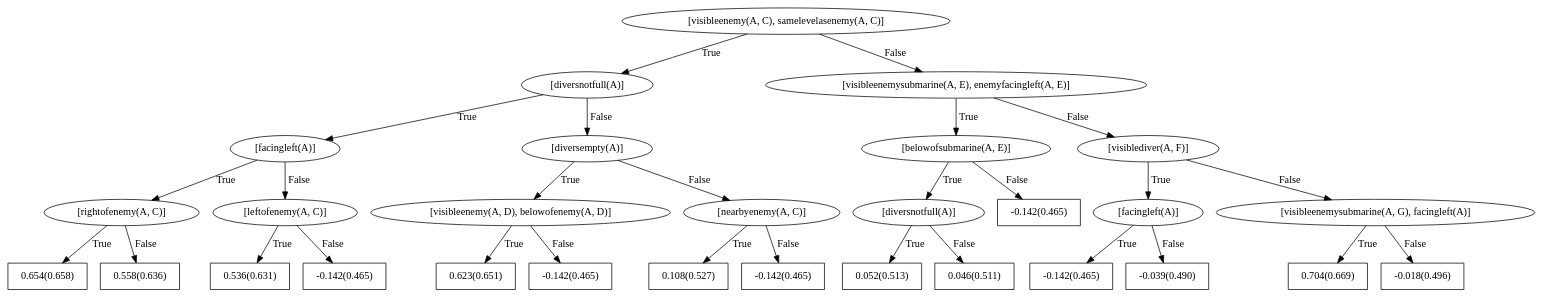
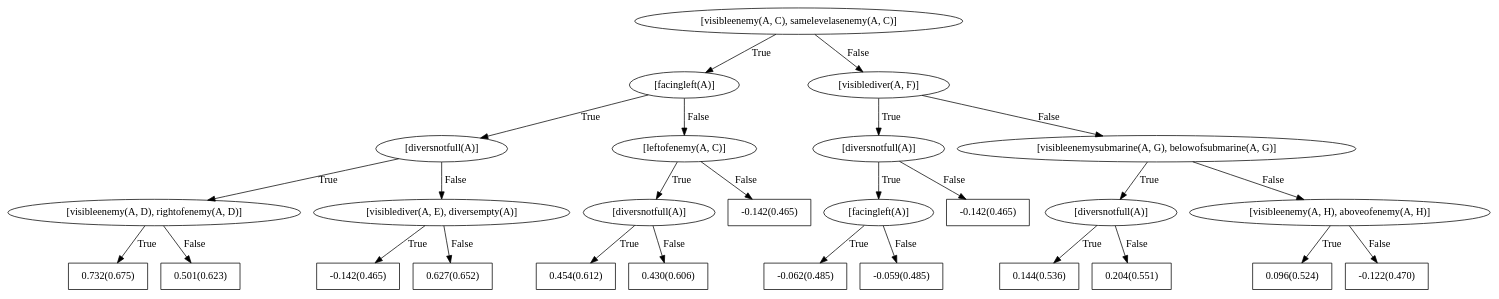
One commit to nikhileshp/NeSY-Imitation-Learning changed the diagram in data/seaquest/single_t/54_RZ_2461867/fire/train/models/bRDNs/dotFiles/WILLTreeFor_action0.dot. Above: the diagram before and after it, drawn with Graphviz. The commit also changed 684 other files, not shown here.

```diff
--- a/data/seaquest/single_t/54_RZ_2461867/fire/train/models/bRDNs/dotFiles/WILLTreeFor_action0.dot
+++ b/data/seaquest/single_t/54_RZ_2461867/fire/train/models/bRDNs/dotFiles/WILLTreeFor_action0.dot
@@ -1,59 +1,55 @@
 digraph G{ 
 1[label = "[visibleenemy(A, C), samelevelasenemy(A, C)]"];
 1 -> 2[label="True"];
 1 -> 3[label="False"];
-2[label = "[diversnotfull(A)]"];
+2[label = "[facingleft(A)]"];
 2 -> 4[label="True"];
 2 -> 5[label="False"];
-4[label = "[facingleft(A)]"];
+4[label = "[diversnotfull(A)]"];
 4 -> 6[label="True"];
 4 -> 7[label="False"];
-6[label = "[rightofenemy(A, C)]"];
+6[label = "[visibleenemy(A, D), rightofenemy(A, D)]"];
 6 -> 8[label="True"];
 6 -> 9[label="False"];
-8[shape = box,label = "0.654(0.658)"];
-9[shape = box,label = "0.558(0.636)"];
-7[label = "[leftofenemy(A, C)]"];
+8[shape = box,label = "0.732(0.675)"];
+9[shape = box,label = "0.501(0.623)"];
+7[label = "[visiblediver(A, E), diversempty(A)]"];
 7 -> 10[label="True"];
 7 -> 11[label="False"];
-10[shape = box,label = "0.536(0.631)"];
-11[shape = box,label = "-0.142(0.465)"];
-5[label = "[diversempty(A)]"];
+10[shape = box,label = "-0.142(0.465)"];
+11[shape = box,label = "0.627(0.652)"];
+5[label = "[leftofenemy(A, C)]"];
 5 -> 12[label="True"];
 5 -> 13[label="False"];
-12[label = "[visibleenemy(A, D), belowofenemy(A, D)]"];
+12[label = "[diversnotfull(A)]"];
 12 -> 14[label="True"];
 12 -> 15[label="False"];
-14[shape = box,label = "0.623(0.651)"];
-15[shape = box,label = "-0.142(0.465)"];
-13[label = "[nearbyenemy(A, C)]"];
-13 -> 16[label="True"];
-13 -> 17[label="False"];
-16[shape = box,label = "0.108(0.527)"];
-17[shape = box,label = "-0.142(0.465)"];
-3[label = "[visibleenemysubmarine(A, E), enemyfacingleft(A, E)]"];
-3 -> 18[label="True"];
-3 -> 19[label="False"];
-18[label = "[belowofsubmarine(A, E)]"];
+14[shape = box,label = "0.454(0.612)"];
+15[shape = box,label = "0.430(0.606)"];
+13[shape = box,label = "-0.142(0.465)"];
+3[label = "[visiblediver(A, F)]"];
+3 -> 16[label="True"];
+3 -> 17[label="False"];
+16[label = "[diversnotfull(A)]"];
+16 -> 18[label="True"];
+16 -> 19[label="False"];
+18[label = "[facingleft(A)]"];
 18 -> 20[label="True"];
 18 -> 21[label="False"];
-20[label = "[diversnotfull(A)]"];
-20 -> 22[label="True"];
-20 -> 23[label="False"];
-22[shape = box,label = "0.052(0.513)"];
-23[shape = box,label = "0.046(0.511)"];
-21[shape = box,label = "-0.142(0.465)"];
-19[label = "[visiblediver(A, F)]"];
-19 -> 24[label="True"];
-19 -> 25[label="False"];
-24[label = "[facingleft(A)]"];
-24 -> 26[label="True"];
-24 -> 27[label="False"];
-26[shape = box,label = "-0.142(0.465)"];
-27[shape = box,label = "-0.039(0.490)"];
-25[label = "[visibleenemysubmarine(A, G), facingleft(A)]"];
-25 -> 28[label="True"];
-25 -> 29[label="False"];
-28[shape = box,label = "0.704(0.669)"];
-29[shape = box,label = "-0.018(0.496)"];
+20[shape = box,label = "-0.062(0.485)"];
+21[shape = box,label = "-0.059(0.485)"];
+19[shape = box,label = "-0.142(0.465)"];
+17[label = "[visibleenemysubmarine(A, G), belowofsubmarine(A, G)]"];
+17 -> 22[label="True"];
+17 -> 23[label="False"];
+22[label = "[diversnotfull(A)]"];
+22 -> 24[label="True"];
+22 -> 25[label="False"];
+24[shape = box,label = "0.144(0.536)"];
+25[shape = box,label = "0.204(0.551)"];
+23[label = "[visibleenemy(A, H), aboveofenemy(A, H)]"];
+23 -> 26[label="True"];
+23 -> 27[label="False"];
+26[shape = box,label = "0.096(0.524)"];
+27[shape = box,label = "-0.122(0.470)"];
 }
```
